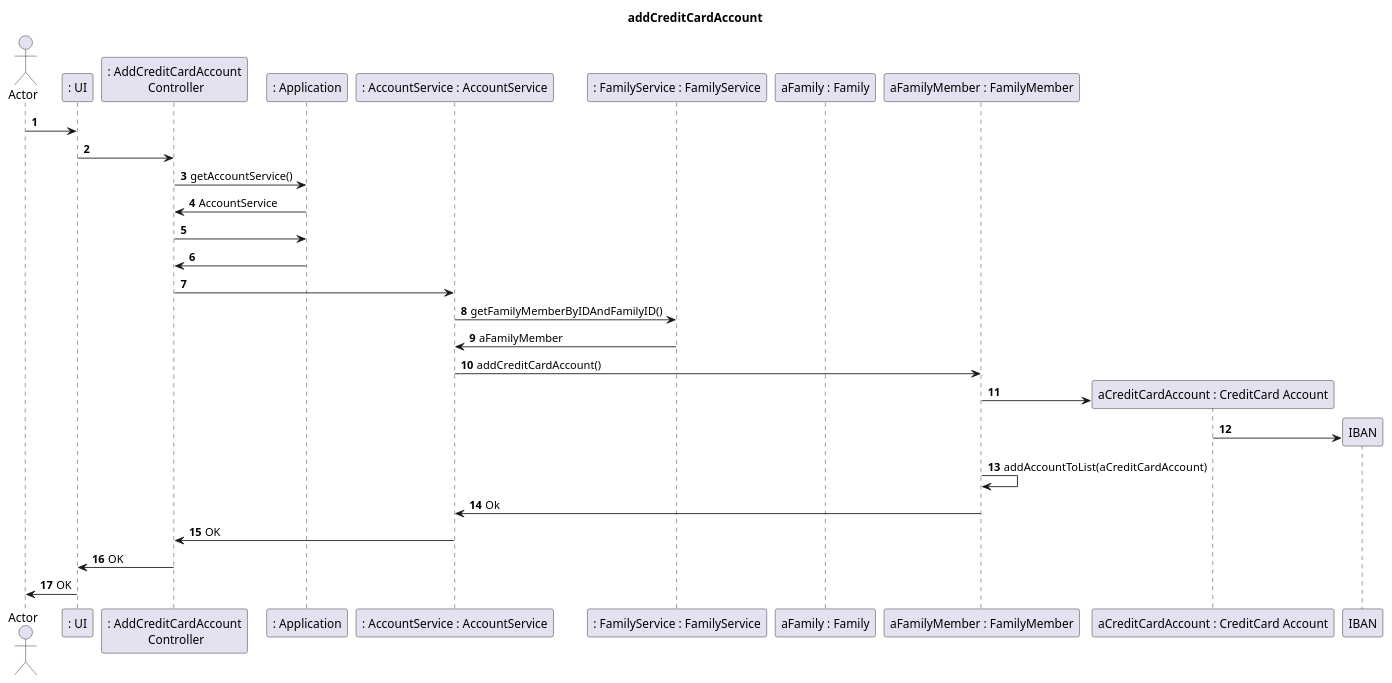
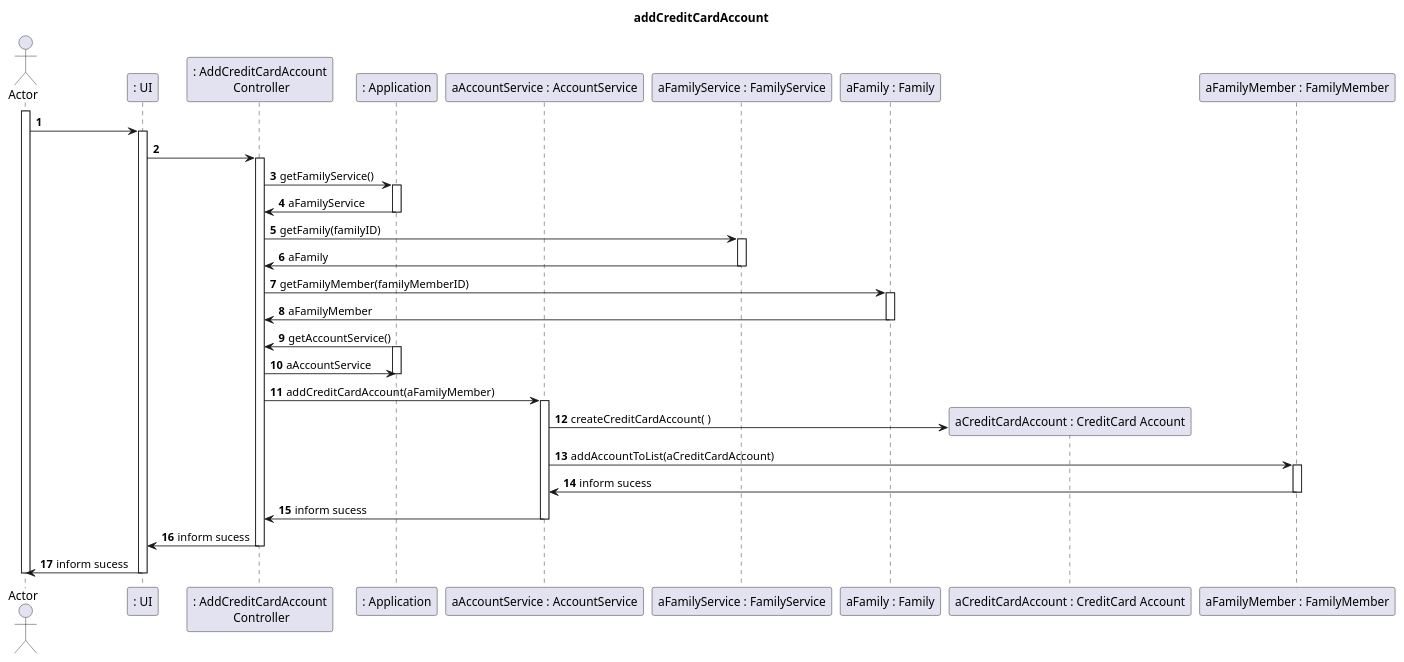
Before and after one commit to tomas-osswald/switch_2020_g3: the third of 4 diagrams in docs/sprint2/user_stories/US173_AddCreditCardAccount.md, drawn with PlantUML.

Commit message:
changes to SD of us173

````diff
--- a/docs/sprint2/user_stories/US173_AddCreditCardAccount.md
+++ b/docs/sprint2/user_stories/US173_AddCreditCardAccount.md
@@ -105,31 +105,58 @@
 ``` puml
 autonumber 1
 title addCreditCardAccount
 actor "Actor" as actor
 participant ": UI" as UI
 participant ": AddCreditCardAccount\n Controller" as controller
 participant ": Application" as app
-participant ": AccountService : AccountService" as aserv
-participant ": FamilyService : FamilyService" as fserv
+participant "aAccountService : AccountService" as aserv
+participant "aFamilyService : FamilyService" as fserv
 participant "aFamily : Family" as family
+participant "aCreditCardAccount : CreditCard Account" as credit
 participant "aFamilyMember : FamilyMember" as familyMember
-participant "aCreditCardAccount : CreditCard Account" as credit
+
+activate actor
 actor -> UI
+activate UI
 UI -> controller
-controller -> app : getAccountService()
-app -> controller : AccountService
-controller -> app
-app -> controller
-controller -> aserv
-aserv -> fserv : getFamilyMemberByIDAndFamilyID()
-fserv -> aserv : aFamilyMember
-aserv -> familyMember : addCreditCardAccount()
 
-familyMember -> credit** : 
-credit -> IBAN**
-familyMember -> familyMember : addAccountToList(aCreditCardAccount)
-familyMember -> aserv : Ok
-aserv -> controller : OK
-controller -> UI : OK
-UI -> actor : OK
+activate controller
+controller -> app : getFamilyService()
+activate app
+app -> controller : aFamilyService
+deactivate app
+
+controller -> fserv : getFamily(familyID)
+activate fserv
+fserv -> controller : aFamily
+deactivate fserv
+
+controller -> family : getFamilyMember(familyMemberID)
+activate family
+family -> controller : aFamilyMember
+deactivate family
+
+app -> controller : getAccountService()
+activate app
+controller -> app : aAccountService
+deactivate app
+
+controller -> aserv : addCreditCardAccount(aFamilyMember)
+activate aserv
+
+aserv -> credit** : createCreditCardAccount( )
+
+aserv -> familyMember : addAccountToList(aCreditCardAccount)
+activate familyMember 
+familyMember -> aserv : inform sucess
+deactivate familyMember
+aserv -> controller : inform sucess
+deactivate aserv
+
+controller -> UI : inform sucess
+deactivate controller
+
+UI -> actor : inform sucess
+deactivate UI
+deactivate actor
 ```
````
